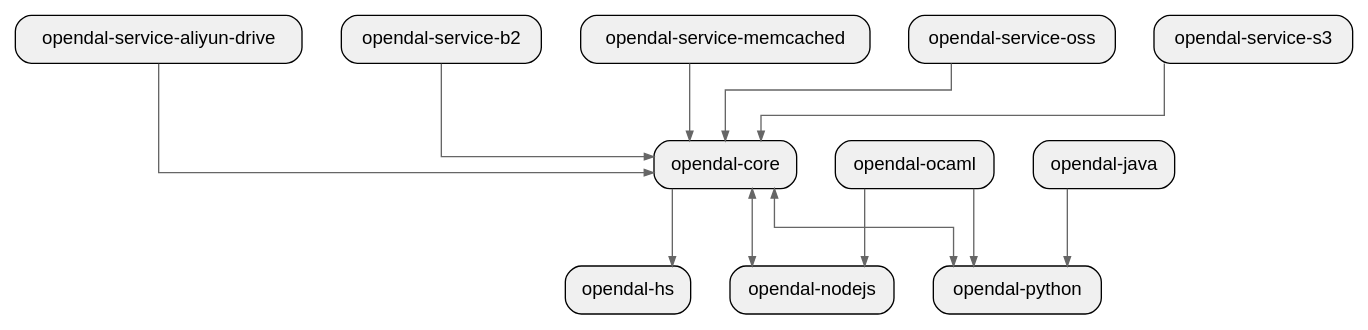
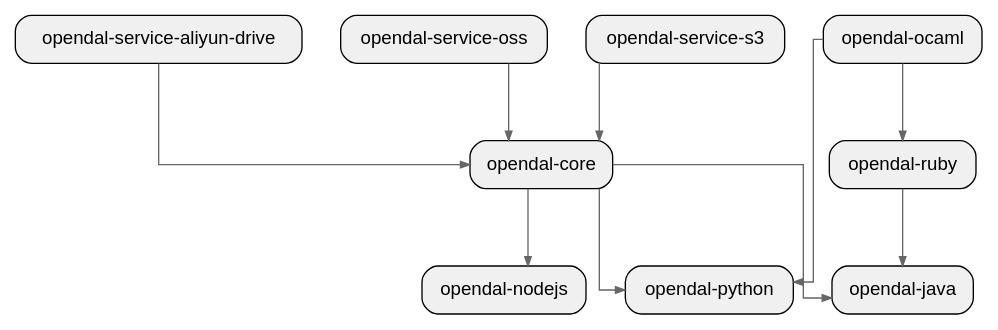
The diagram in sample/rust/opendal-pagerank/depth_1_crate.dot (allenanswerzq/llmcc), drawn with Graphviz before and after one commit. The commit also changed 237 other files, not shown here.

```diff
--- a/sample/rust/opendal-pagerank/depth_1_crate.dot
+++ b/sample/rust/opendal-pagerank/depth_1_crate.dot
@@ -1,39 +1,35 @@
 digraph architecture {
   // Layout settings
   rankdir=TB;
   ranksep=0.8;
   nodesep=0.4;
   splines=ortho;
   concentrate=true;
 
   node [shape=box, style="rounded,filled", fillcolor="#f0f0f0", fontname="Helvetica"];
   edge [color="#666666", arrowsize=0.7];
 
   labelloc=t;
   fontsize=16;
   fontname="Helvetica Bold";
 
   crate_opendal_core[label="opendal-core"];
-  crate_opendal_hs[label="opendal-hs"];
   crate_opendal_java[label="opendal-java"];
   crate_opendal_nodejs[label="opendal-nodejs"];
   crate_opendal_ocaml[label="opendal-ocaml"];
   crate_opendal_python[label="opendal-python"];
+  crate_opendal_ruby[label="opendal-ruby"];
   crate_opendal_service_aliyun_drive[label="opendal-service-aliyun-drive"];
-  crate_opendal_service_b2[label="opendal-service-b2"];
-  crate_opendal_service_memcached[label="opendal-service-memcached"];
   crate_opendal_service_oss[label="opendal-service-oss"];
   crate_opendal_service_s3[label="opendal-service-s3"];
 
-  crate_opendal_core -> crate_opendal_hs;
-  crate_opendal_core -> crate_opendal_nodejs [dir=both]; // dir best-effort not accurate
-  crate_opendal_core -> crate_opendal_python [dir=both]; // dir best-effort not accurate
-  crate_opendal_java -> crate_opendal_python;
-  crate_opendal_ocaml -> crate_opendal_nodejs;
+  crate_opendal_core -> crate_opendal_java;
+  crate_opendal_core -> crate_opendal_nodejs;
+  crate_opendal_core -> crate_opendal_python;
   crate_opendal_ocaml -> crate_opendal_python;
+  crate_opendal_ocaml -> crate_opendal_ruby;
+  crate_opendal_ruby -> crate_opendal_java;
   crate_opendal_service_aliyun_drive -> crate_opendal_core;
-  crate_opendal_service_b2 -> crate_opendal_core;
-  crate_opendal_service_memcached -> crate_opendal_core;
   crate_opendal_service_oss -> crate_opendal_core;
   crate_opendal_service_s3 -> crate_opendal_core;
 }
```
